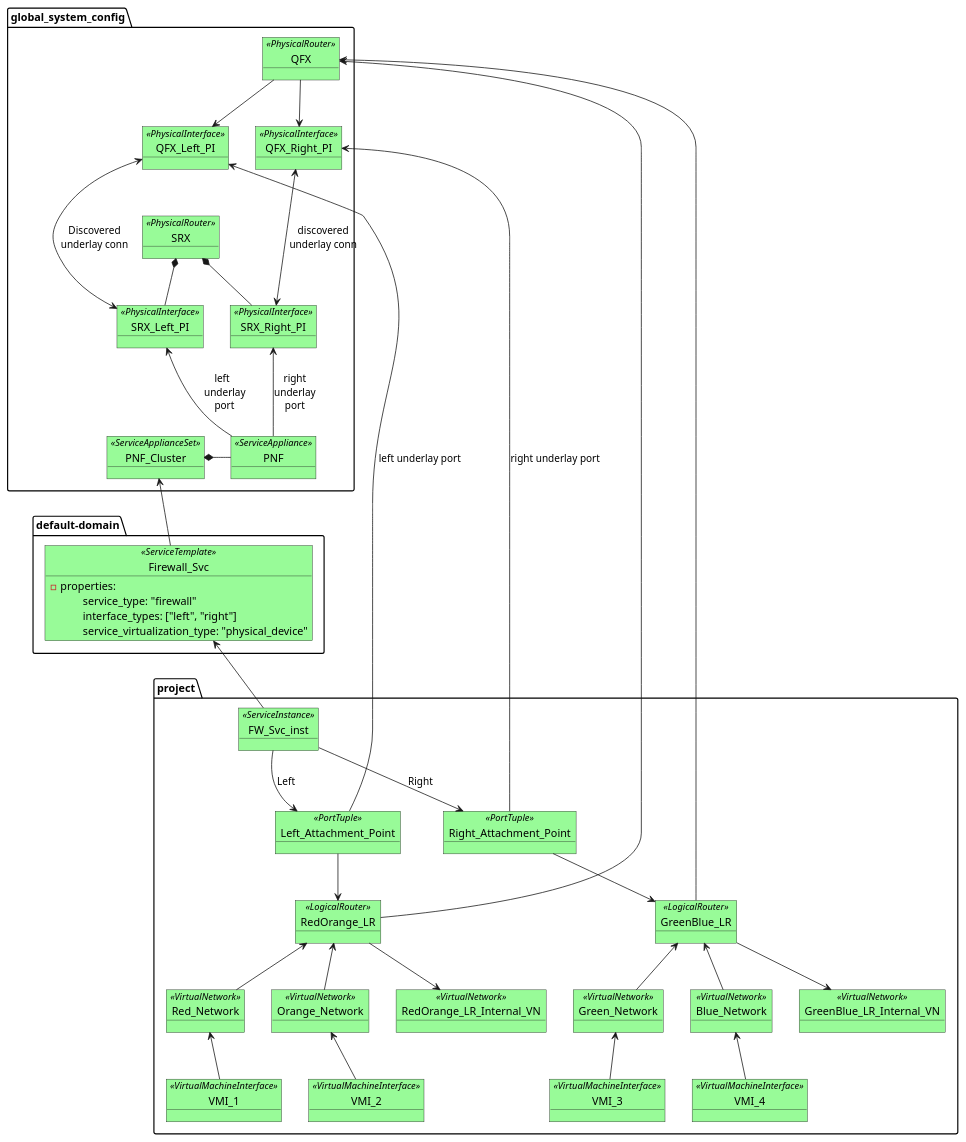
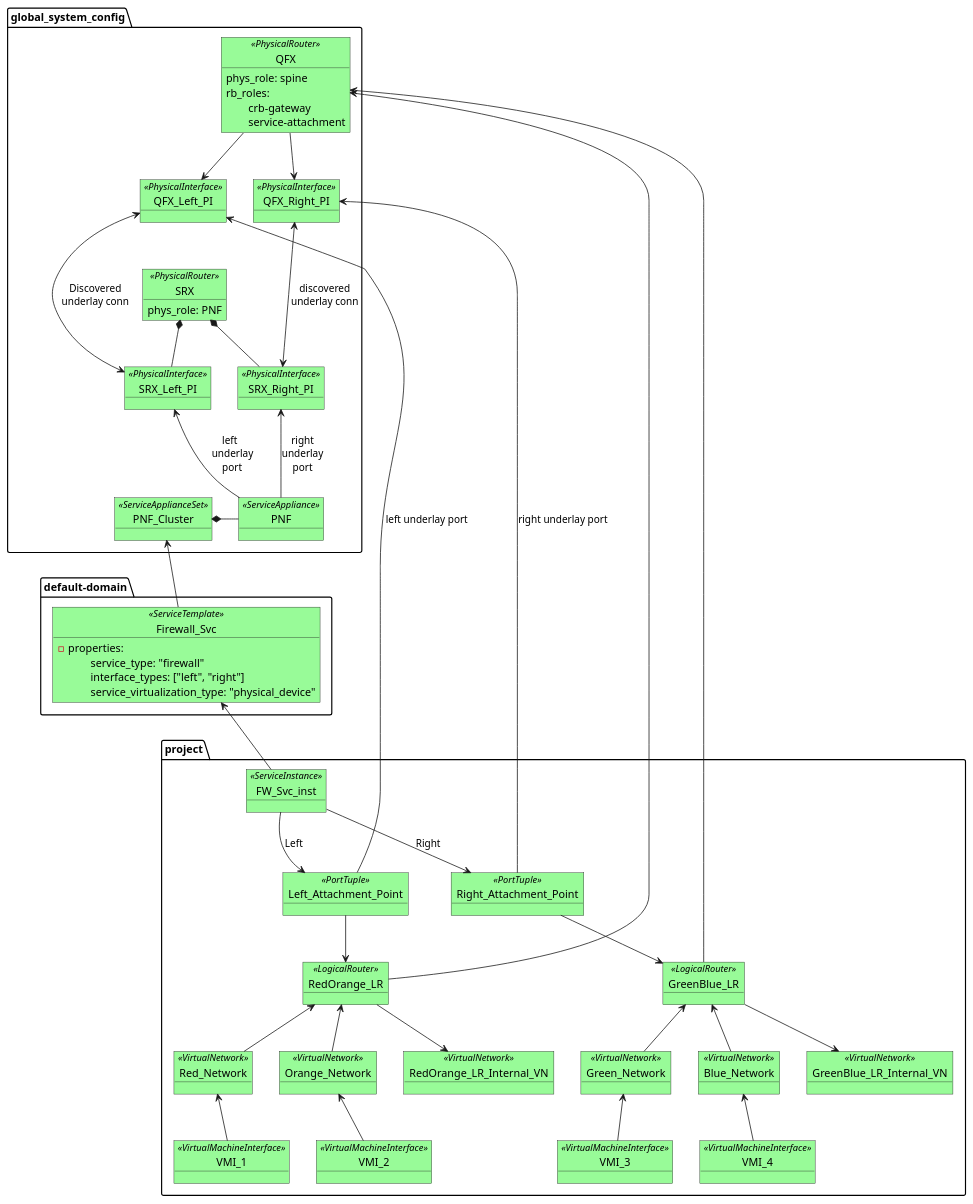
One commit to jnpr-tjiang/cfm-data-model changed the diagram in 5.1-data-model/pnf-chaining-data-model-01.puml. Above: the diagram before and after it, drawn with PlantUML. The commit also changed 11 other files, not shown here.

```diff
--- a/5.1-data-model/pnf-chaining-data-model-01.puml
+++ b/5.1-data-model/pnf-chaining-data-model-01.puml
@@ -1,151 +1,156 @@
 @startuml
 
 skinparam object {
 	BackgroundColor PaleGreen
 }
 
 package default-domain {
     object Firewall_Svc<<ServiceTemplate>> {
         - properties:
             \tservice_type: "firewall"
             \tinterface_types: ["left", "right"]
             \tservice_virtualization_type: "physical_device"
     }
 }
 
 package global_system_config {
 
     object SRX<<PhysicalRouter>> {
+        phys_role: PNF
     }
 
     object SRX_Left_PI<<PhysicalInterface>> {
     }
 
     object SRX_Right_PI<<PhysicalInterface>> {
     }
 
     object PNF_Cluster<<ServiceApplianceSet>> {
     }
 
     object PNF<<ServiceAppliance>> {
     }
 
     object QFX<<PhysicalRouter>> {
+        phys_role: spine
+        rb_roles:
+            \tcrb-gateway
+            \tservice-attachment
     }
 
     object QFX_Left_PI<<PhysicalInterface>> {
     }
 
     object QFX_Right_PI<<PhysicalInterface>> {
     }
 
     SRX *-- SRX_Left_PI
     SRX *-- SRX_Right_PI
 
     QFX --> QFX_Left_PI
     QFX --> QFX_Right_PI
 
     QFX_Left_PI <---> SRX_Left_PI: Discovered\nunderlay conn
     QFX_Right_PI <---> SRX_Right_PI: discovered\nunderlay conn
 
 
     PNF_Cluster *- PNF
     SRX_Left_PI <-- PNF: "left\t\t\nunderlay\t\t\nport\t\t"
     SRX_Right_PI <-- PNF: right\nunderlay\nport
 }
 
 package project {
     object FW_Svc_inst<<ServiceInstance>> {
 
     }
 
     object RedOrange_LR<<LogicalRouter>> {
     }
 
     object GreenBlue_LR<<LogicalRouter>> {
     }
 
     object Red_Network<<VirtualNetwork>> {
     }
 
     object Orange_Network<<VirtualNetwork>> {
     }
 
     object Green_Network<<VirtualNetwork>> {
     }
 
     object Blue_Network<<VirtualNetwork>> {
     }
 
     object RedOrange_LR_Internal_VN<<VirtualNetwork>> {
     }
 
     object GreenBlue_LR_Internal_VN<<VirtualNetwork>> {
     }
 
     object Left_Attachment_Point<<PortTuple>> {
     }
 
     object Right_Attachment_Point<<PortTuple>> {
     }
 
     object VMI_1<<VirtualMachineInterface>> {
     }
 
     object VMI_2<<VirtualMachineInterface>> {
     }
 
     object VMI_3<<VirtualMachineInterface>> {
     }
 
     object VMI_4<<VirtualMachineInterface>> {
     }
 
     Red_Network <-- VMI_1
     Orange_Network <-- VMI_2
     Green_Network <-- VMI_3
     Blue_Network <-- VMI_4
 
     RedOrange_LR <-- Red_Network
     RedOrange_LR <-- Orange_Network
     RedOrange_LR --> RedOrange_LR_Internal_VN
 
     GreenBlue_LR <-- Green_Network
     GreenBlue_LR <-- Blue_Network
     GreenBlue_LR --> GreenBlue_LR_Internal_VN
 
     FW_Svc_inst --> Left_Attachment_Point: Left
     FW_Svc_inst --> Right_Attachment_Point: Right
 
     Left_Attachment_Point --> RedOrange_LR
     Right_Attachment_Point --> GreenBlue_LR
 }
 
 PNF_Cluster <-- Firewall_Svc
 Firewall_Svc <-- FW_Svc_inst
 QFX <-- RedOrange_LR
 QFX <-- GreenBlue_LR
 QFX_Left_PI <-- Left_Attachment_Point: left underlay port
 QFX_Right_PI <-- Right_Attachment_Point: right underlay port
 
 hide PNF
 hide PNF_Cluster
 hide Firewall_Svc
 hide FW_Svc_inst
 hide Left_Attachment_Point
 hide Right_Attachment_Point
 
 hide Red_Network
 hide Orange_Network
 hide Green_Network
 hide Blue_Network
 hide RedOrange_LR
 hide GreenBlue_LR
 hide VMI_1
 hide VMI_2
 hide VMI_3
 hide VMI_4
 hide GreenBlue_LR_Internal_VN
 hide RedOrange_LR_Internal_VN
 
 @enduml
```
